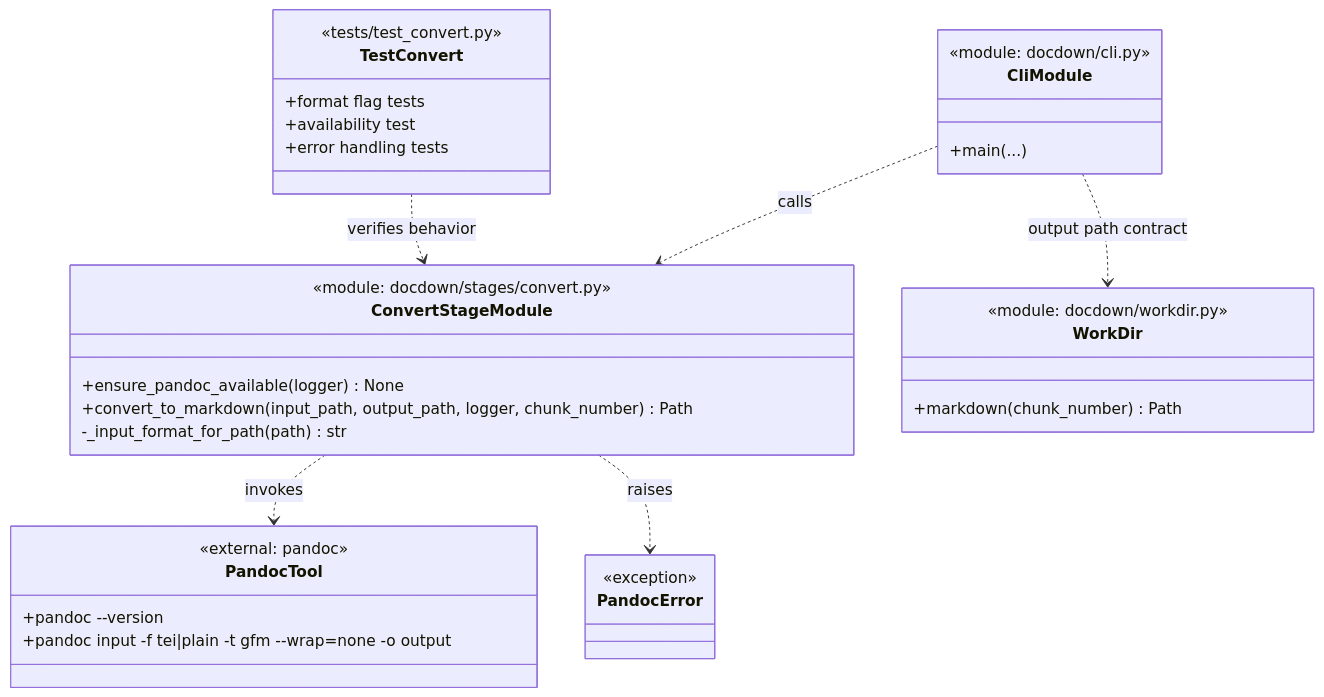
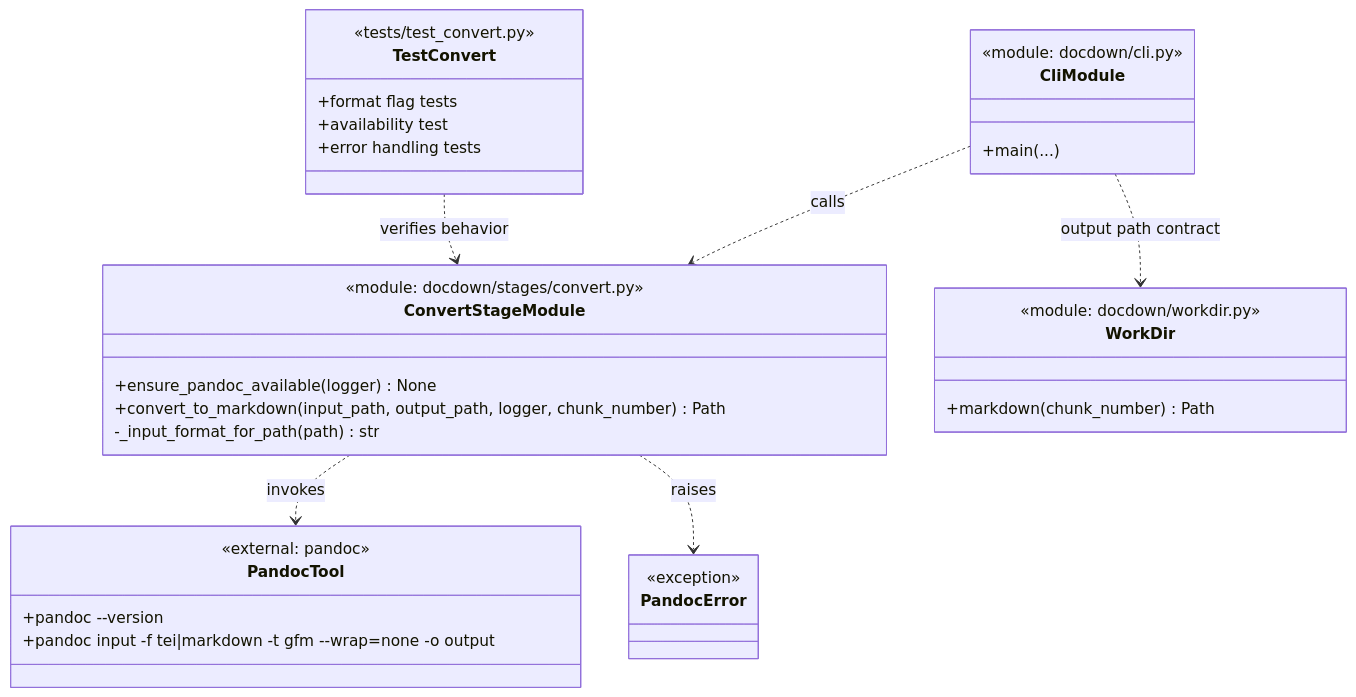
One commit to Frank-Yong/DocDown changed the diagram in docs/plan/task-4.1-pandoc-conversion.md. Above: the diagram before and after it, drawn with Mermaid.

Commit message:
Update Pandoc command to use 'markdown' format for plain text input

````diff
--- a/docs/plan/task-4.1-pandoc-conversion.md
+++ b/docs/plan/task-4.1-pandoc-conversion.md
@@ -48,42 +48,42 @@
 ```mermaid
 classDiagram
     class PandocError {
         <<exception>>
     }
 
     class ConvertStageModule {
         <<module: docdown/stages/convert.py>>
         +ensure_pandoc_available(logger) None
         +convert_to_markdown(input_path, output_path, logger, chunk_number) Path
         -_input_format_for_path(path) str
     }
 
     class CliModule {
         <<module: docdown/cli.py>>
         +main(...)
     }
 
     class WorkDir {
         <<module: docdown/workdir.py>>
         +markdown(chunk_number) Path
     }
 
     class PandocTool {
         <<external: pandoc>>
         +pandoc --version
-        +pandoc input -f tei|plain -t gfm --wrap=none -o output
+        +pandoc input -f tei|markdown -t gfm --wrap=none -o output
     }
 
     class TestConvert {
         <<tests/test_convert.py>>
         +format flag tests
         +availability test
         +error handling tests
     }
 
     ConvertStageModule ..> PandocTool : invokes
     ConvertStageModule ..> PandocError : raises
     CliModule ..> ConvertStageModule : calls
     CliModule ..> WorkDir : output path contract
     TestConvert ..> ConvertStageModule : verifies behavior
 ```
````
